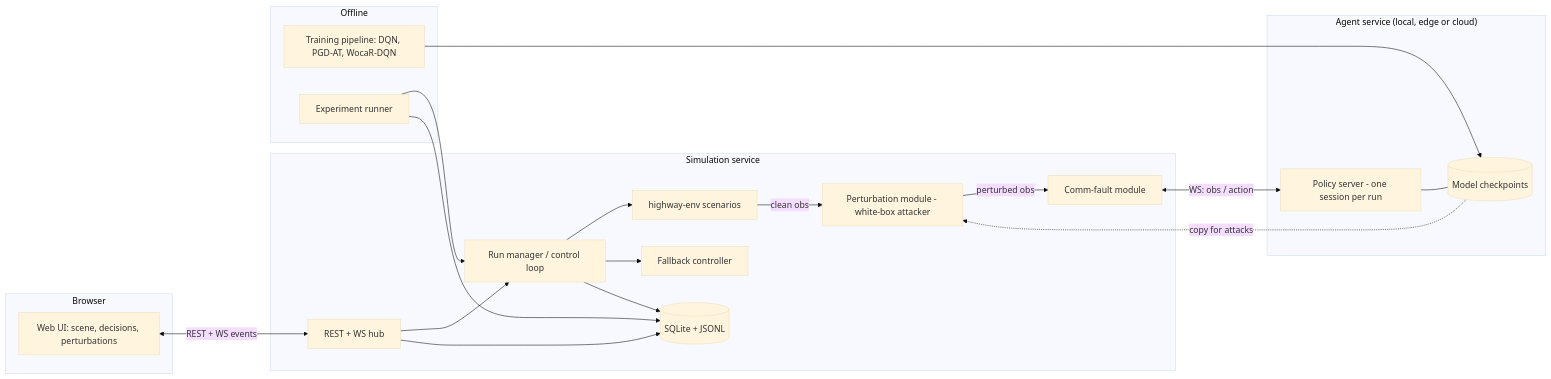
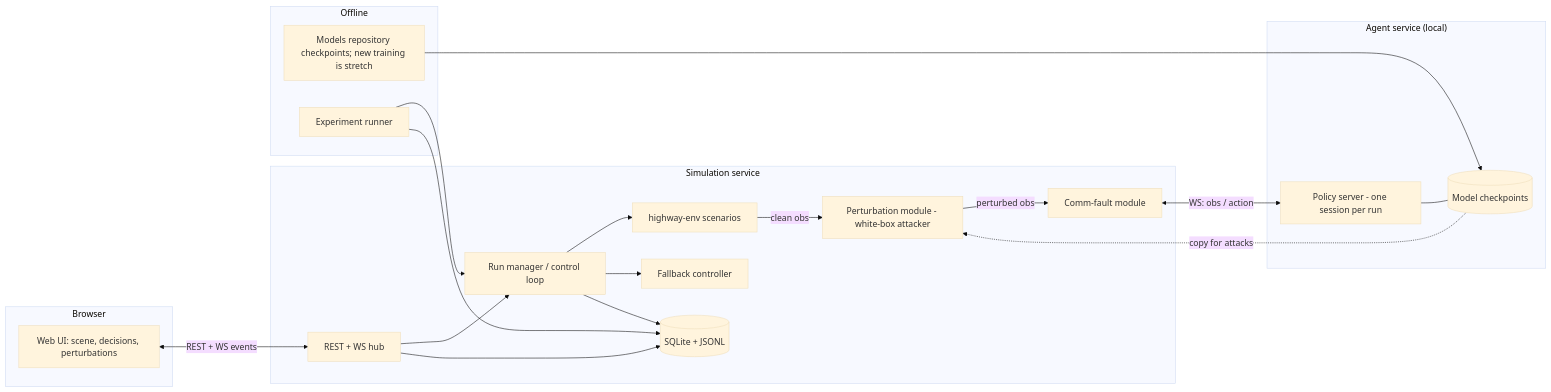
The diagram in docs/SPEC.md (Internet-CADS/P7-Internet-Connected-Autonomous-Driving-System), drawn with Mermaid (base theme) before and after one commit. The commit also changed other lines of this file, not shown here.

First line of the commit message:
docs: spec v0.4 (highway-v0 committed, local-only deployment, four attacks MUST)

````diff
--- a/docs/SPEC.md
+++ b/docs/SPEC.md
@@ -329,37 +333,37 @@
 ```mermaid
 flowchart LR
     subgraph Browser
         UI[Web UI: scene, decisions, perturbations]
     end
     subgraph Sim["Simulation service"]
         API[REST + WS hub]
         RUN[Run manager / control loop]
         ENV[highway-env scenarios]
         PERT[Perturbation module - white-box attacker]
         FAULT[Comm-fault module]
         FB[Fallback controller]
         DB[(SQLite + JSONL)]
     end
-    subgraph Agent["Agent service (local, edge or cloud)"]
+    subgraph Agent["Agent service (local)"]
         POL[Policy server - one session per run]
         CKPT[(Model checkpoints)]
     end
     subgraph Offline
-        TRAIN[Training pipeline: DQN, PGD-AT, WocaR-DQN]
+        TRAIN[Models repository checkpoints; new training is stretch]
         EXP[Experiment runner]
     end
     UI <-->|REST + WS events| API
     API --> RUN
     RUN --> ENV
     ENV -->|clean obs| PERT
     PERT -->|perturbed obs| FAULT
     FAULT <-->|WS: obs / action| POL
     POL --- CKPT
     RUN --> FB
     RUN --> DB
     API --> DB
     TRAIN --> CKPT
     CKPT -. copy for attacks .-> PERT
     EXP --> RUN
     EXP --> DB
 ```
````
